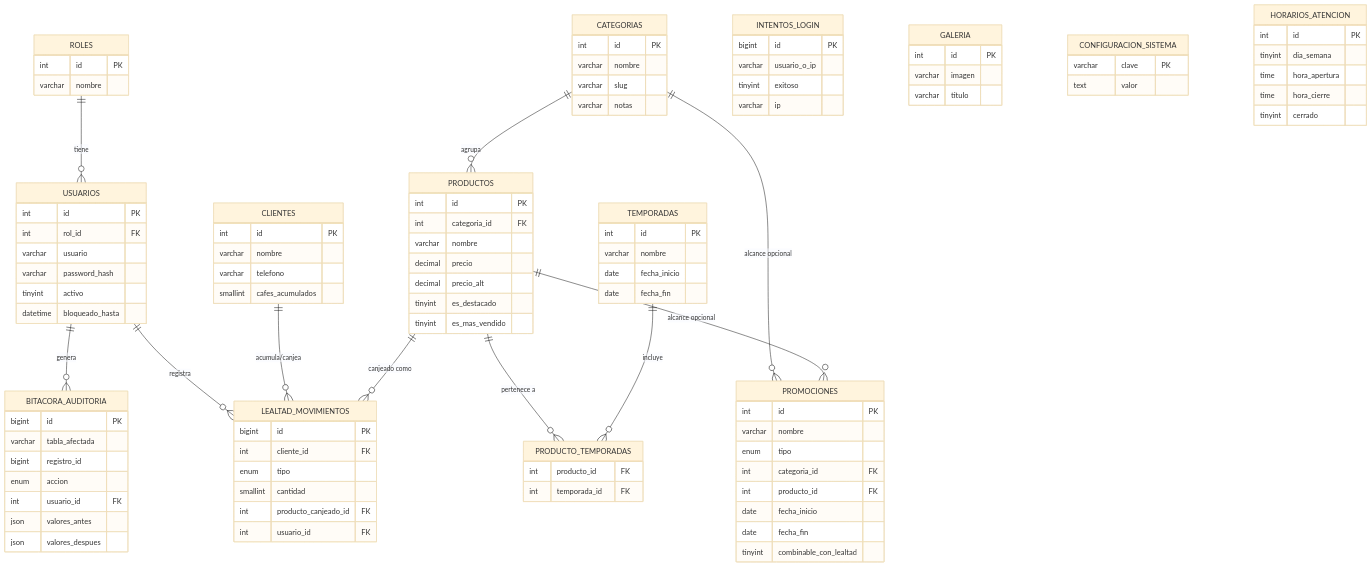
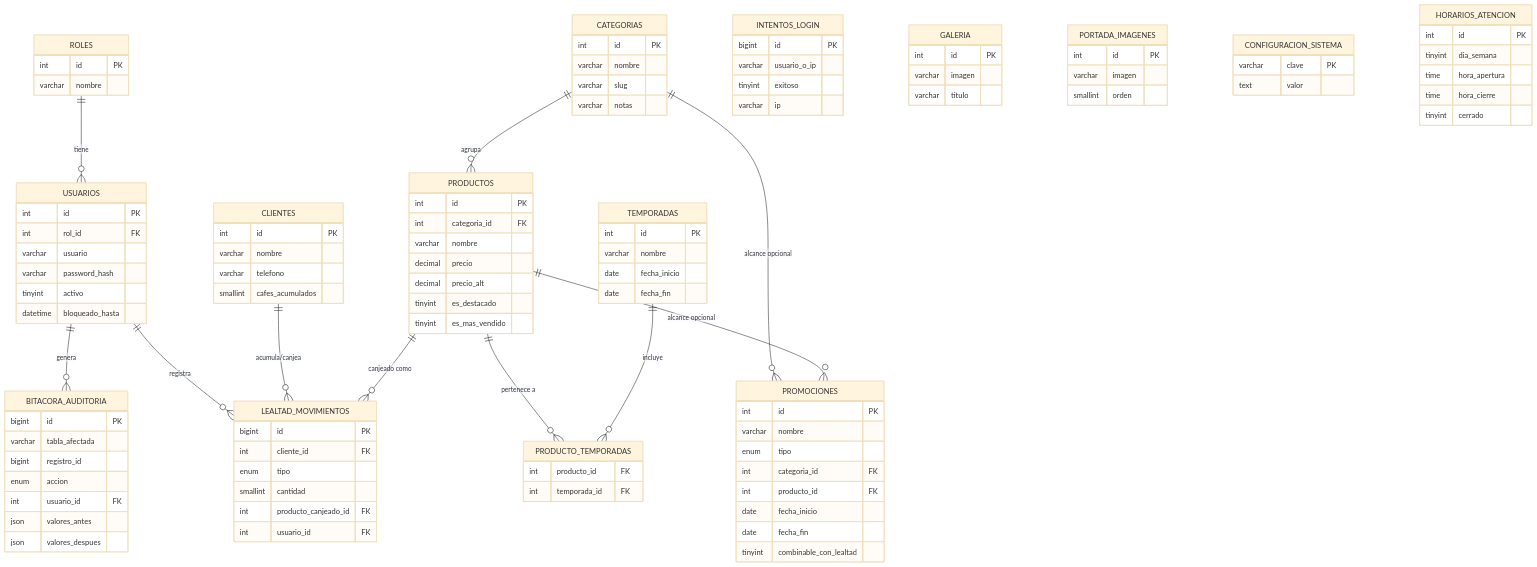
One commit to robinargueta098-ship-it/cafeteria-el-charco changed the diagram in docs/modelo-datos.md. Above: the diagram before and after it, drawn with Mermaid (base theme). The commit also changed 19 other files, not shown here.

First line of the commit message:
Portada: imagenes propias para el fondo automatico, administradas en Configuracion

```diff
--- a/docs/modelo-datos.md
+++ b/docs/modelo-datos.md
@@ -77,6 +77,11 @@
         varchar imagen
         varchar titulo
     }
+    PORTADA_IMAGENES {
+        int id PK
+        varchar imagen
+        smallint orden
+    }
     PROMOCIONES {
         int id PK
         varchar nombre
```
